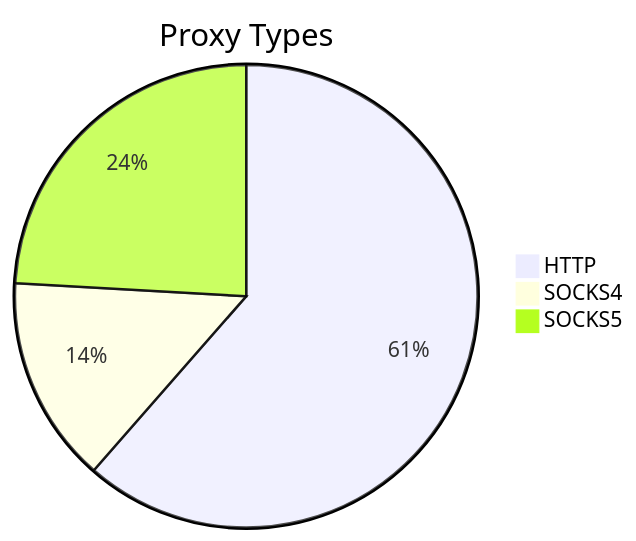
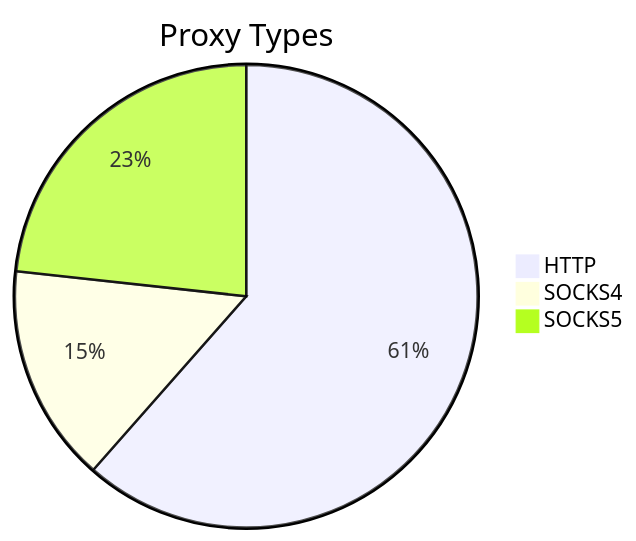
Before and after one commit to stormsia/proxy-list: the first of 2 diagrams in README.md, drawn with Mermaid. The commit also changed other lines of this file, not shown here.

````diff
--- a/README.md
+++ b/README.md
@@ -21,6 +21,6 @@
 ```mermaid
 pie title Proxy Types
-    "HTTP" : 255
-    "SOCKS4" : 60
-    "SOCKS5" : 100
+    "HTTP" : 214
+    "SOCKS4" : 53
+    "SOCKS5" : 81
 ```
````
